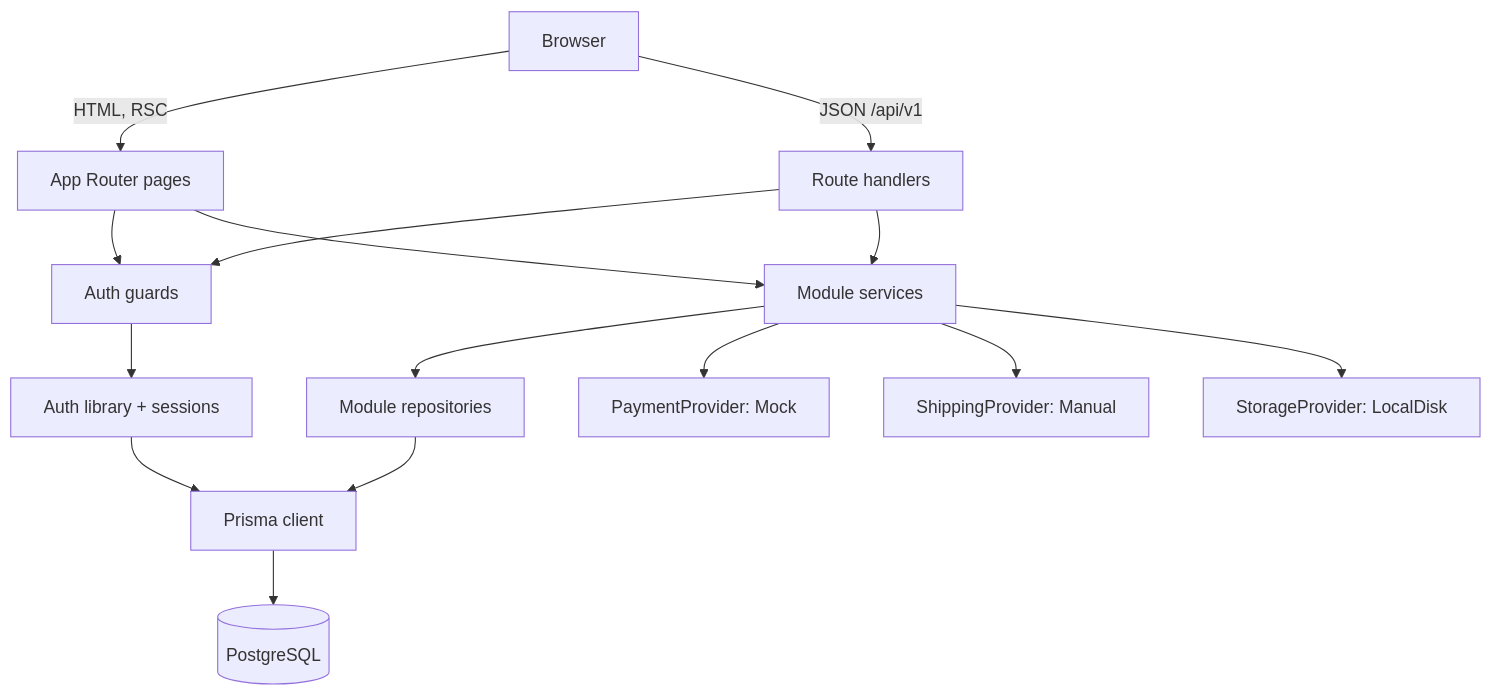
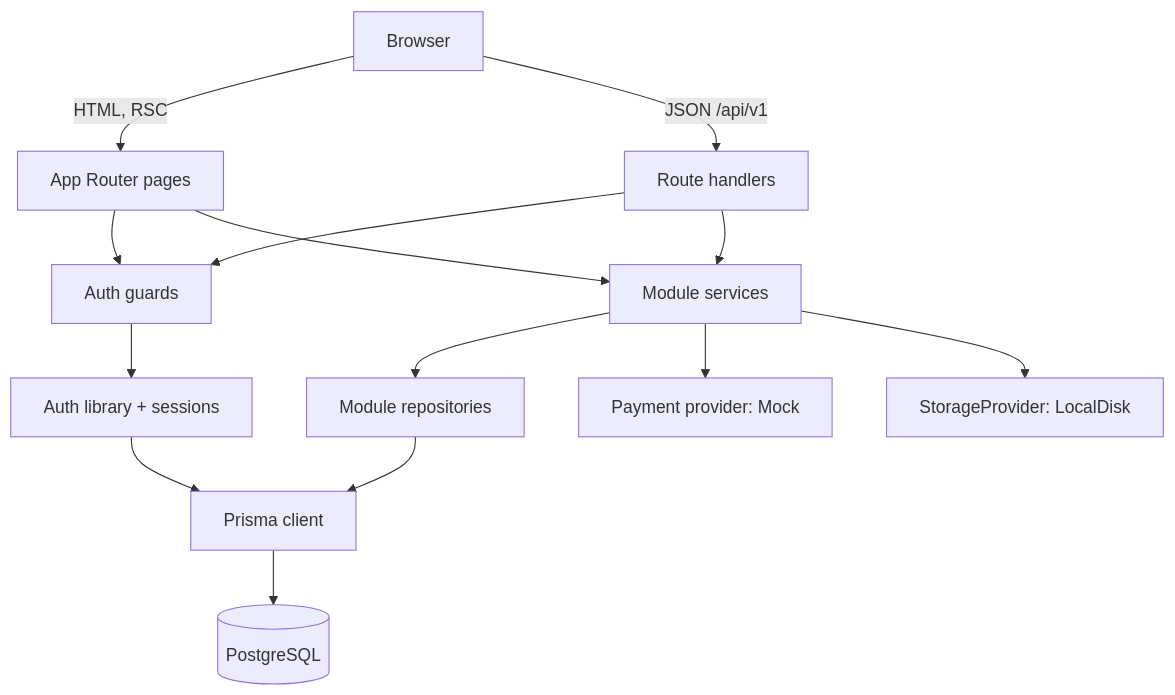
One commit to Qcutedev/web-shopping changed the first of 2 diagrams in docs/ARCHITECTURE.md. Above: the diagram before and after it, drawn with Mermaid. The commit also changed other lines of this file, not shown here.

Commit message:
docs(architecture): align layout, status line, and shipping row with the code (T-080)

````diff
--- a/docs/ARCHITECTURE.md
+++ b/docs/ARCHITECTURE.md
@@ -9,17 +9,16 @@
 ```mermaid
 graph TD
   Browser -->|HTML, RSC| Pages[App Router pages]
   Browser -->|JSON /api/v1| Routes[Route handlers]
   Pages --> Guards[Auth guards]
   Routes --> Guards
   Pages --> Services[Module services]
   Routes --> Services
   Guards --> Auth[Auth library + sessions]
   Services --> Repos[Module repositories]
   Repos --> Prisma[Prisma client]
   Auth --> Prisma
   Prisma --> PG[(PostgreSQL)]
-  Services --> Pay[PaymentProvider: Mock]
-  Services --> Ship[ShippingProvider: Manual]
+  Services --> Pay[Payment provider: Mock]
   Services --> Store[StorageProvider: LocalDisk]
 ```
````
